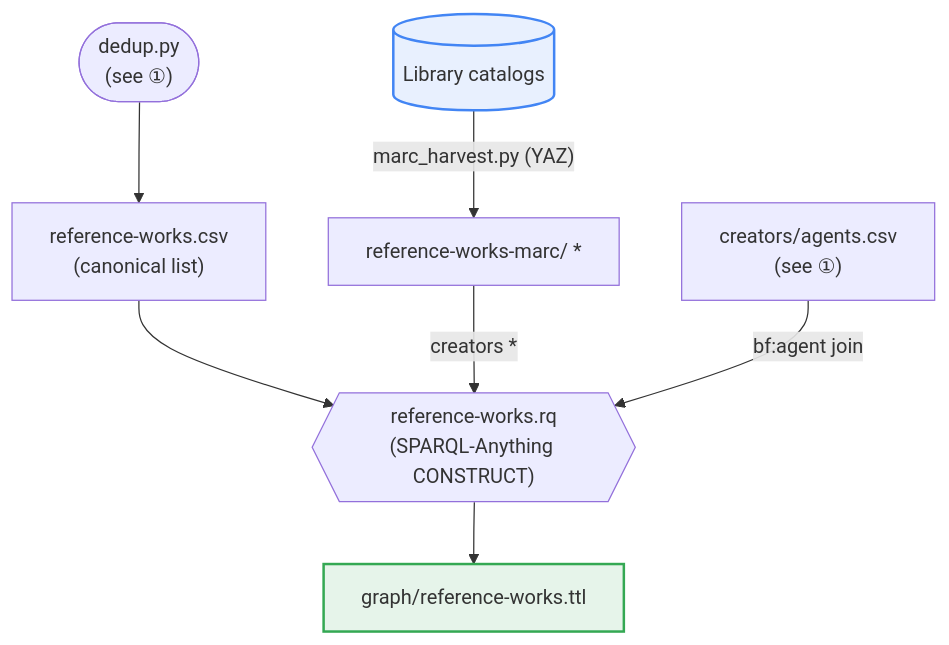
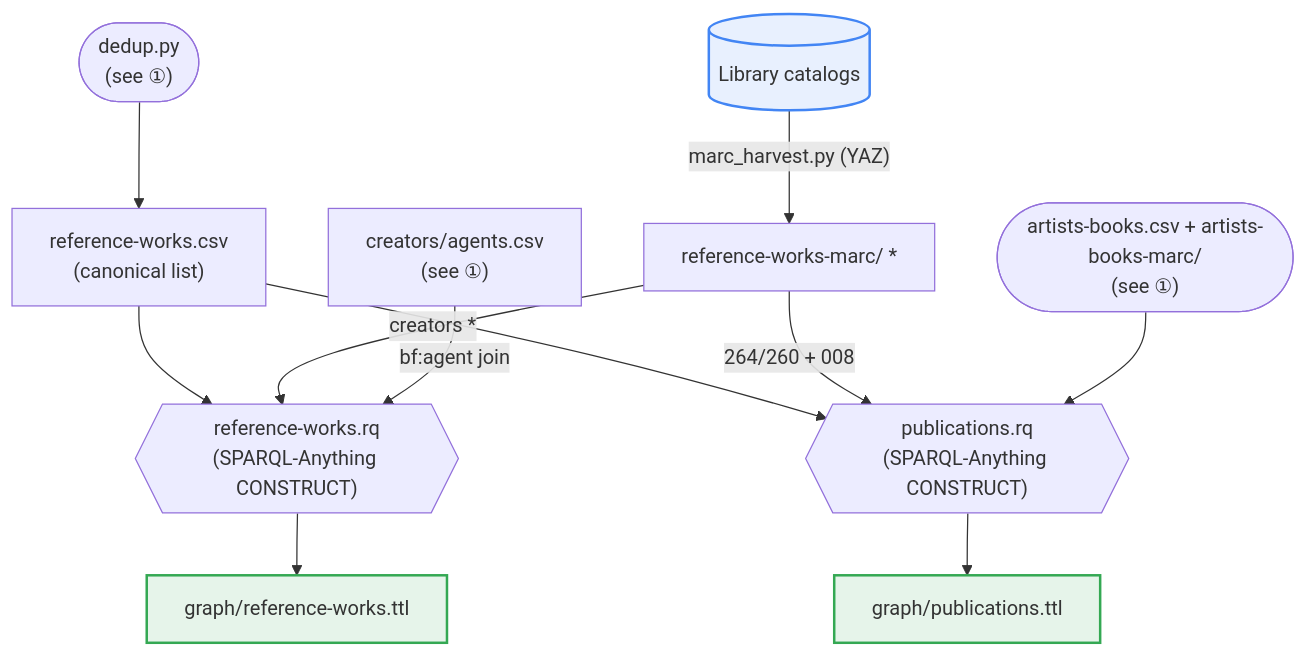
Before and after one commit to dkglab/artists-books: the third of 5 diagrams in docs/PIPELINE.md, drawn with Mermaid. The commit also changed other lines of this file and 6 other files, not shown here.

First line of the commit message:
refactor(publication): one shared publications.rq for books and reference works (#21)

````diff
--- a/docs/PIPELINE.md
+++ b/docs/PIPELINE.md
@@ -164,18 +168,23 @@
 ```mermaid
 flowchart TD
     dedup(["dedup.py<br/>(see ①)"])
     catalogs[("Library catalogs")]
 
     dedup --> refcsv["reference-works.csv<br/>(canonical list)"]
     catalogs -->|"marc_harvest.py (YAZ)"| refmarc["reference-works-marc/ *"]
 
     refcsv --> refrq{{"reference-works.rq<br/>(SPARQL-Anything CONSTRUCT)"}}
     refmarc -->|"creators *"| refrq
     agents["creators/agents.csv<br/>(see ①)"] -->|"bf:agent join"| refrq
     refrq --> refttl["graph/reference-works.ttl"]
 
+    refcsv --> pubrq{{"publications.rq<br/>(SPARQL-Anything CONSTRUCT)"}}
+    refmarc -->|"264/260 + 008"| pubrq
+    abinputs(["artists-books.csv + artists-books-marc/<br/>(see ①)"]) --> pubrq
+    pubrq --> pubttl["graph/publications.ttl"]
+
     classDef input fill:#e8f0fe,stroke:#4285f4,stroke-width:2px;
     classDef output fill:#e6f4ea,stroke:#34a853,stroke-width:2px;
     class catalogs input;
-    class refttl output;
+    class refttl,pubttl output;
 ```
````
